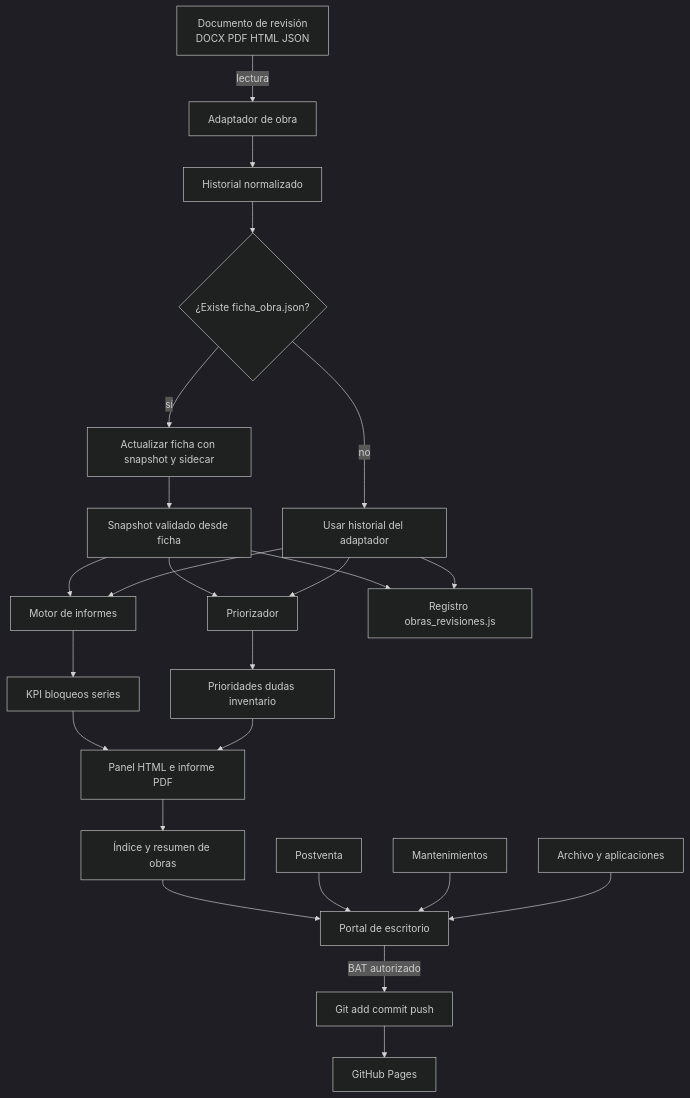
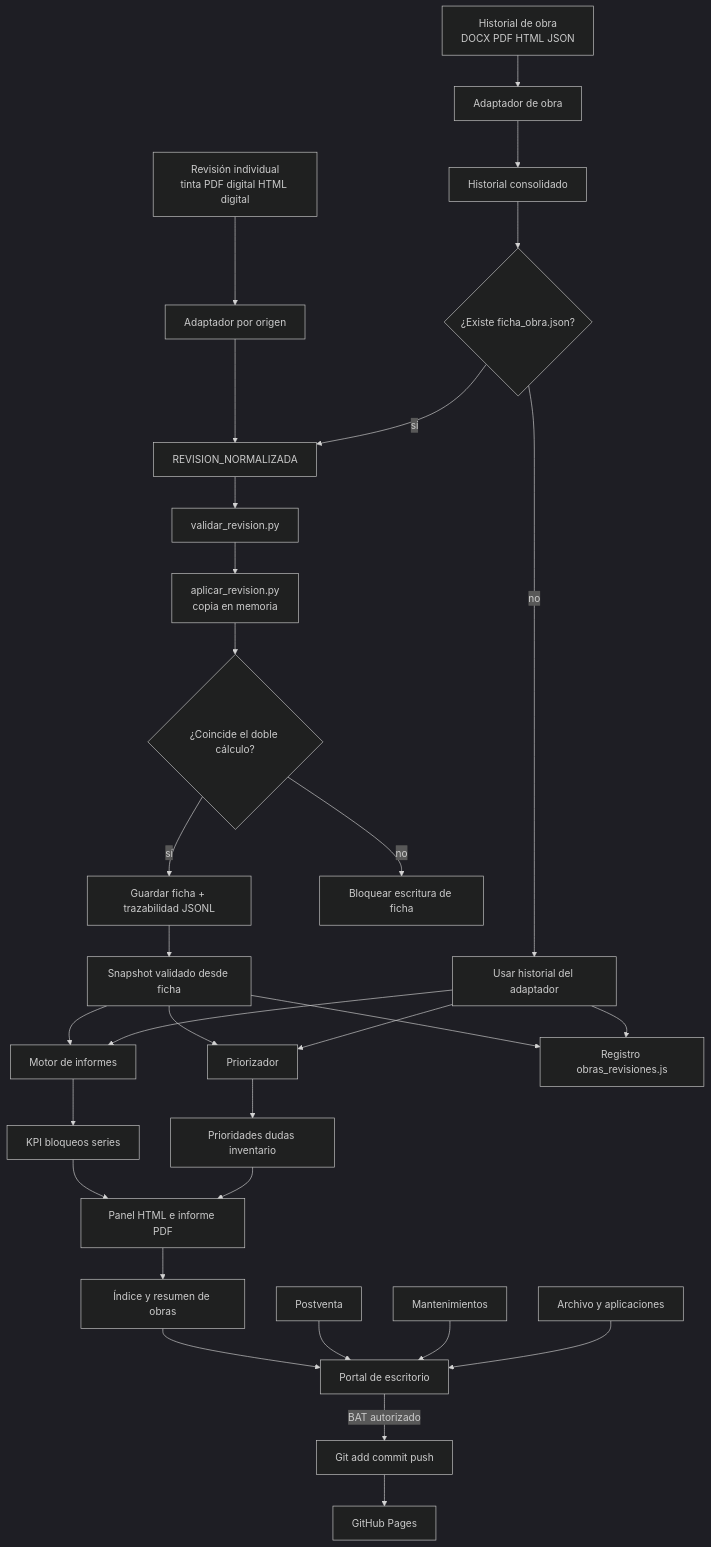
The second of 4 diagrams in _SISTEMA/docs/SAGARDE_MAPA_MENTAL_ENTORNO.md (bixente-69/centro-mando-sagarde), drawn with Mermaid (dark theme) before and after one commit. The commit also changed other lines of this file and 155 other files, not shown here.

````diff
--- a/_SISTEMA/docs/SAGARDE_MAPA_MENTAL_ENTORNO.md
+++ b/_SISTEMA/docs/SAGARDE_MAPA_MENTAL_ENTORNO.md
@@ -250,26 +265,33 @@
 ```mermaid
 flowchart TD
-  A[Documento de revisión<br/>DOCX PDF HTML JSON] -->|lectura| B[Adaptador de obra]
-  B --> C[Historial normalizado]
-  C --> D{¿Existe ficha_obra.json?}
-  D -->|sí| E[Actualizar ficha con snapshot y sidecar]
-  E --> F[Snapshot validado desde ficha]
+  A[Revisión individual<br/>tinta PDF digital HTML digital] --> B[Adaptador por origen]
+  A0[Historial de obra<br/>DOCX PDF HTML JSON] --> B0[Adaptador de obra]
+  B --> C[REVISION_NORMALIZADA]
+  B0 --> C0[Historial consolidado]
+  C0 --> D{¿Existe ficha_obra.json?}
+  D -->|sí| C
+  C --> V[validar_revision.py]
+  V --> E[aplicar_revision.py<br/>copia en memoria]
+  E --> SAFE{¿Coincide el doble cálculo?}
+  SAFE -->|sí| W[Guardar ficha + trazabilidad JSONL]
+  SAFE -->|no| X[Bloquear escritura de ficha]
+  W --> F[Snapshot validado desde ficha]
   D -->|no| F0[Usar historial del adaptador]
   F --> G[Motor de informes]
   F0 --> G
   F --> H[Priorizador]
   F0 --> H
   G --> I[KPI bloqueos series]
   H --> J[Prioridades dudas inventario]
   I --> K[Panel HTML e informe PDF]
   J --> K
   K --> L[Índice y resumen de obras]
   F --> M[Registro obras_revisiones.js]
   F0 --> M
   L --> N[Portal de escritorio]
   P[Postventa] --> N
   Q[Mantenimientos] --> N
   R[Archivo y aplicaciones] --> N
-  N -->|BAT autorizado| S[Git add commit push]
-  S --> T[GitHub Pages]
+  N -->|BAT autorizado| PUB[Git add commit push]
+  PUB --> T[GitHub Pages]
 ```
````
